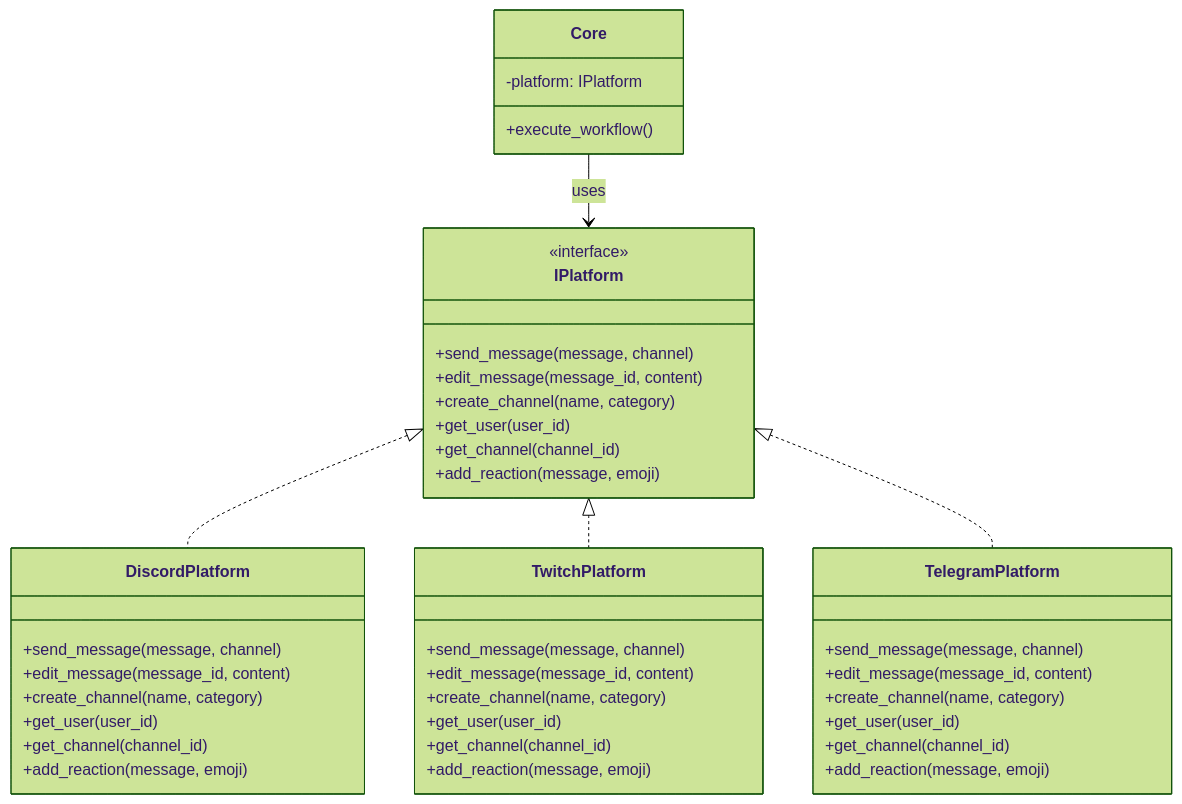
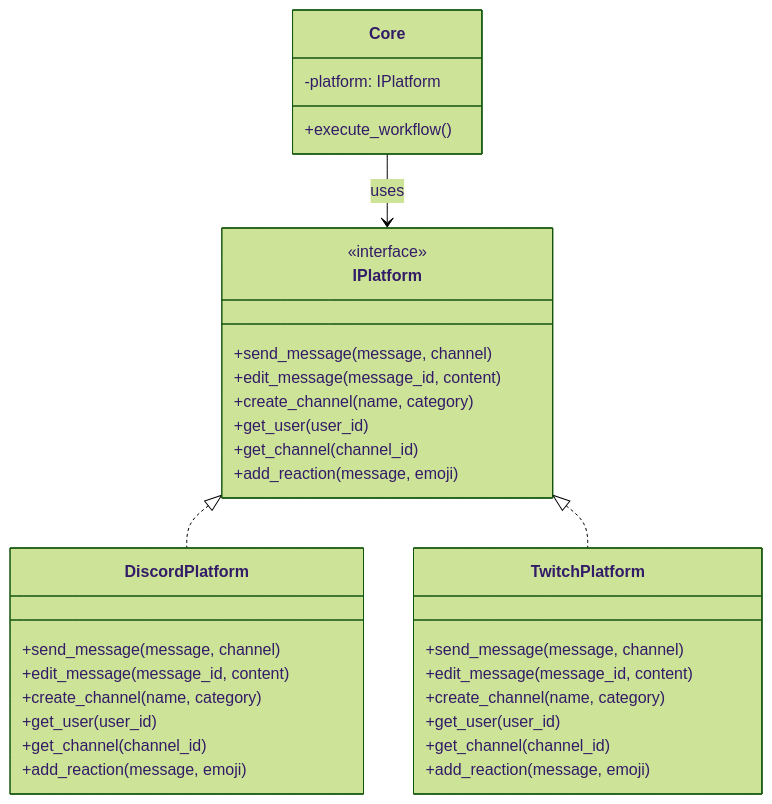
One commit to merlin-pinpin-org/kingdoms changed the diagram in docs/DECISIONS/001-multi-platform-architecture.md. Above: the diagram before and after it, drawn with Mermaid (forest theme). The commit also changed other lines of this file and 12 other files, not shown here.

First line of the commit message:
docs: GHCR images, mandatory backups and rollback in infra architecture (#41)

````diff
--- a/docs/DECISIONS/001-multi-platform-architecture.md
+++ b/docs/DECISIONS/001-multi-platform-architecture.md
@@ -54,50 +54,41 @@
 ```mermaid
 classDiagram
     class IPlatform {
         <<interface>>
         +send_message(message, channel)
         +edit_message(message_id, content)
         +create_channel(name, category)
         +get_user(user_id)
         +get_channel(channel_id)
         +add_reaction(message, emoji)
     }
 
     class DiscordPlatform {
         +send_message(message, channel)
         +edit_message(message_id, content)
         +create_channel(name, category)
         +get_user(user_id)
         +get_channel(channel_id)
         +add_reaction(message, emoji)
     }
 
     class TwitchPlatform {
         +send_message(message, channel)
         +edit_message(message_id, content)
         +create_channel(name, category)
         +get_user(user_id)
         +get_channel(channel_id)
         +add_reaction(message, emoji)
     }
 
-    class TelegramPlatform {
-        +send_message(message, channel)
-        +edit_message(message_id, content)
-        +create_channel(name, category)
-        +get_user(user_id)
-        +get_channel(channel_id)
-        +add_reaction(message, emoji)
-    }
 
     IPlatform <|.. DiscordPlatform
     IPlatform <|.. TwitchPlatform
-    IPlatform <|.. TelegramPlatform
 
     class Core {
         -platform: IPlatform
         +execute_workflow()
     }
 
     Core --> IPlatform : uses
 ```
````
